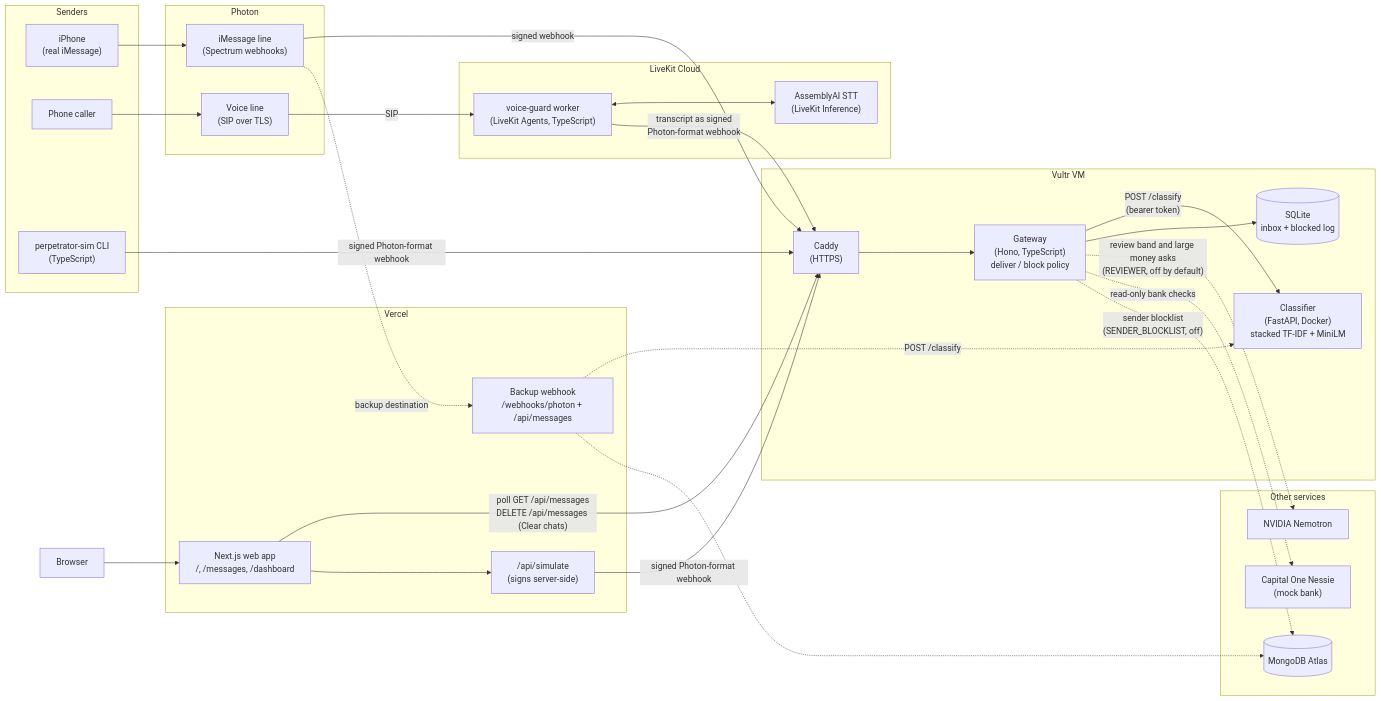
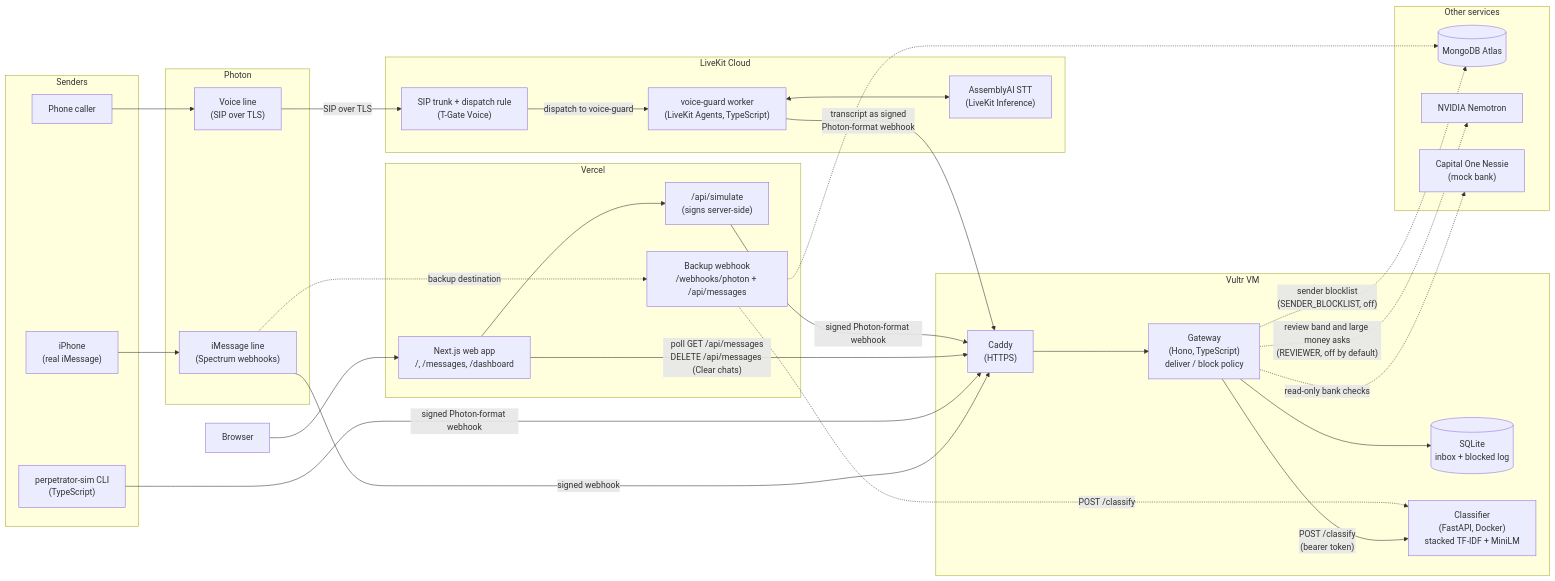
One commit to tuann72/HackUTD changed the diagram in README.md. Above: the diagram before and after it, drawn with Mermaid. The commit also changed other lines of this file and 1 other file, not shown here.

First line of the commit message:
Add LiveKit to the tech stack and the architecture diagram

````diff
--- a/README.md
+++ b/README.md
@@ -17,60 +17,61 @@
 ```mermaid
 flowchart LR
     subgraph Senders
         iphone["iPhone<br/>(real iMessage)"]
         caller["Phone caller"]
         cli["perpetrator-sim CLI<br/>(TypeScript)"]
     end
 
     subgraph Photon["Photon"]
         imsg["iMessage line<br/>(Spectrum webhooks)"]
         sip["Voice line<br/>(SIP over TLS)"]
     end
 
     subgraph LiveKit["LiveKit Cloud"]
+        trunk["SIP trunk + dispatch rule<br/>(T-Gate Voice)"]
         voice["voice-guard worker<br/>(LiveKit Agents, TypeScript)"]
         stt["AssemblyAI STT<br/>(LiveKit Inference)"]
     end
 
     subgraph Vultr["Vultr VM"]
         caddy["Caddy<br/>(HTTPS)"]
         gw["Gateway<br/>(Hono, TypeScript)<br/>deliver / block policy"]
         sqlite[("SQLite<br/>inbox + blocked log")]
         clf["Classifier<br/>(FastAPI, Docker)<br/>stacked TF-IDF + MiniLM"]
     end
 
     subgraph Vercel["Vercel"]
         web["Next.js web app<br/>/, /messages, /dashboard"]
         sim["/api/simulate<br/>(signs server-side)"]
         backup["Backup webhook<br/>/webhooks/photon + /api/messages"]
     end
 
     subgraph External["Other services"]
         atlas[("MongoDB Atlas")]
         nemo["NVIDIA Nemotron"]
         nessie["Capital One Nessie<br/>(mock bank)"]
     end
 
     browser["Browser"]
 
     iphone --> imsg
     imsg -- "signed webhook" --> caddy
     imsg -. "backup destination" .-> backup
     cli -- "signed Photon-format webhook" --> caddy
-    caller --> sip -- "SIP" --> voice
+    caller --> sip -- "SIP over TLS" --> trunk -- "dispatch to voice-guard" --> voice
     voice <--> stt
     voice -- "transcript as signed<br/>Photon-format webhook" --> caddy
 
     caddy --> gw
     gw -- "POST /classify<br/>(bearer token)" --> clf
     gw --> sqlite
     gw -. "review band and large money asks<br/>(REVIEWER, off by default)" .-> nemo
     gw -. "read-only bank checks" .-> nessie
     gw -. "sender blocklist<br/>(SENDER_BLOCKLIST, off)" .-> atlas
 
     browser --> web
     web -- "poll GET /api/messages<br/>DELETE /api/messages (Clear chats)" --> caddy
     web --> sim -- "signed Photon-format webhook" --> caddy
     backup -. "POST /classify" .-> clf
     backup -.-> atlas
 ```
````
